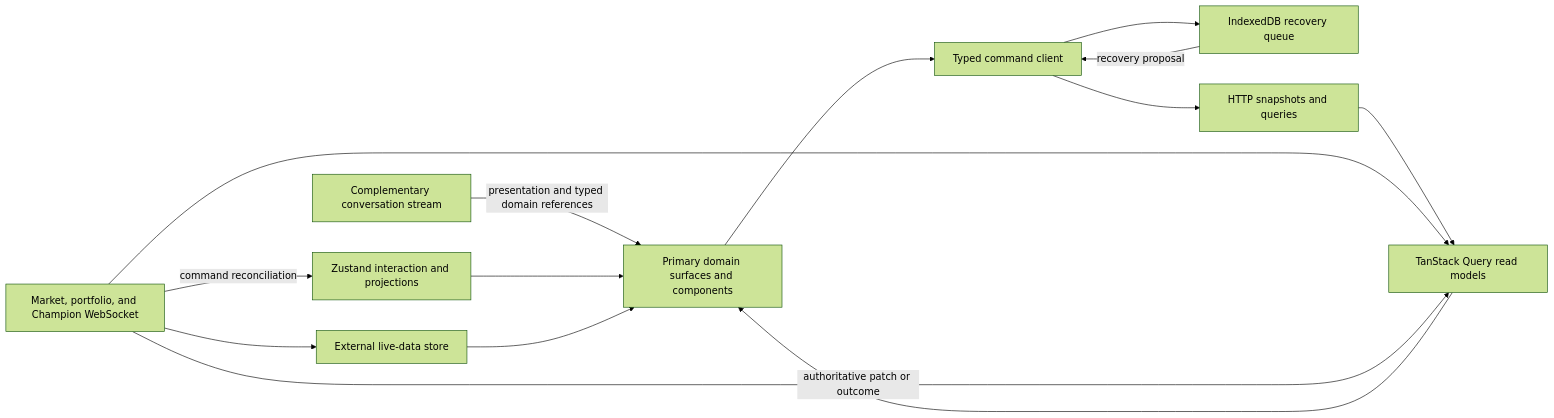
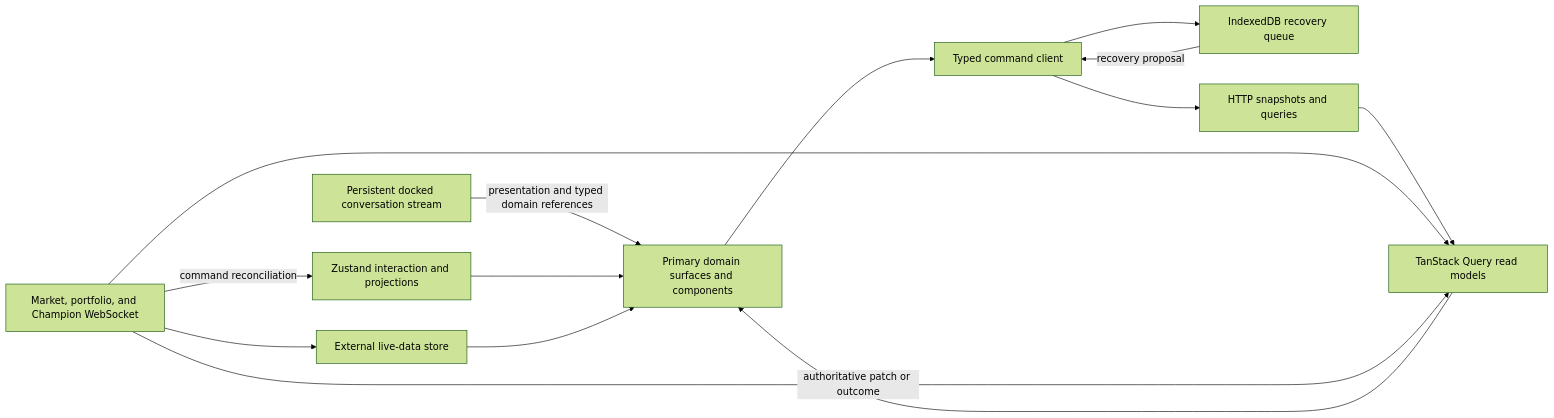
The first of 2 diagrams in docs/frontend-architecture.md (moosefroggo/vantheon-architecture), drawn with Mermaid (forest theme) before and after one commit. The commit also changed other lines of this file and 19 other files, not shown here.

````diff
--- a/docs/frontend-architecture.md
+++ b/docs/frontend-architecture.md
@@ -50,26 +50,26 @@
 ```mermaid
 flowchart LR
     UI["Primary domain surfaces and components"]
     Q["TanStack Query read models"]
     Z["Zustand interaction and projections"]
     X["External live-data store"]
     IDB["IndexedDB recovery queue"]
     CMD["Typed command client"]
-    CHAT["Complementary conversation stream"]
+    CHAT["Persistent docked conversation stream"]
     WS["Market, portfolio, and Champion WebSocket"]
     HTTP["HTTP snapshots and queries"]
 
     HTTP --> Q
     WS --> Q
     WS --> X
     CHAT -->|"presentation and typed domain references"| UI
     Q --> UI
     Z --> UI
     X --> UI
     UI --> CMD
     CMD --> IDB
     CMD --> HTTP
     WS -->|"authoritative patch or outcome"| Q
     WS -->|"command reconciliation"| Z
     IDB -->|"recovery proposal"| CMD
 ```
````
